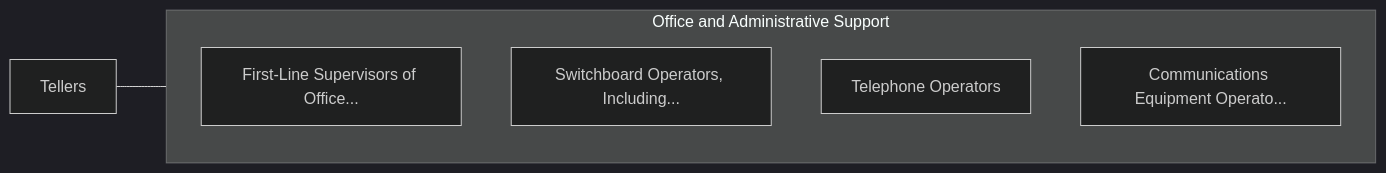
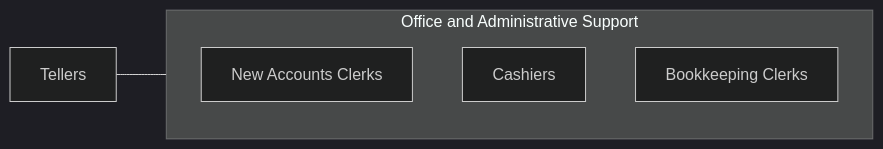
Before and after one commit to kziemski/business.org.ai: the third of 3 diagrams in occupations/Administrative/Tellers.mdx, drawn with Mermaid (dark theme). The commit also changed other lines of this file and 938 other files, not shown here.

````diff
--- a/occupations/Administrative/Tellers.mdx
+++ b/occupations/Administrative/Tellers.mdx
@@ -115,13 +102,10 @@
 ```mermaid
 graph LR
     Current["Tellers"]
-
     subgraph SameCategory["Office and Administrative Support"]
-        FirstLineSupervisors["First-Line Supervisors of Office..."]
-        SwitchboardOperators["Switchboard Operators, Including..."]
-        TelephoneOperators["Telephone Operators"]
-        CommunicationsEquipm["Communications Equipment Operato..."]
+        RNewAccountsClerks["New Accounts Clerks"]
+        RCashiers["Cashiers"]
+        RBookkeepingClerks["Bookkeeping Clerks"]
     end
-
     Current --- SameCategory
 ```
````
